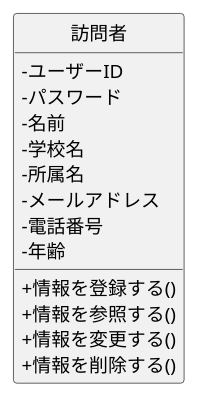
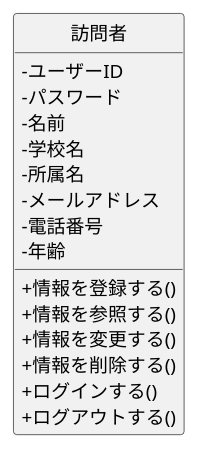
One commit to FujikawaHirono0520/ohara_uml changed the diagram in group/07_web_visitor/class.pu. Above: the diagram before and after it, drawn with PlantUML. The commit also changed 9 other files, not shown here.

```diff
--- a/group/07_web_visitor/class.pu
+++ b/group/07_web_visitor/class.pu
@@ -1,21 +1,23 @@
 @startuml
 skinparam classAttributeIconSize 0
 hide circle
 
 class 訪問者 {
  -ユーザーID
  -パスワード
  -名前
  -学校名
  -所属名
  -メールアドレス
  -電話番号
  -年齢
 
  +情報を登録する()
  +情報を参照する()
  +情報を変更する()
  +情報を削除する()
+ +ログインする()
+ +ログアウトする()
 }
 
 @enduml
```
